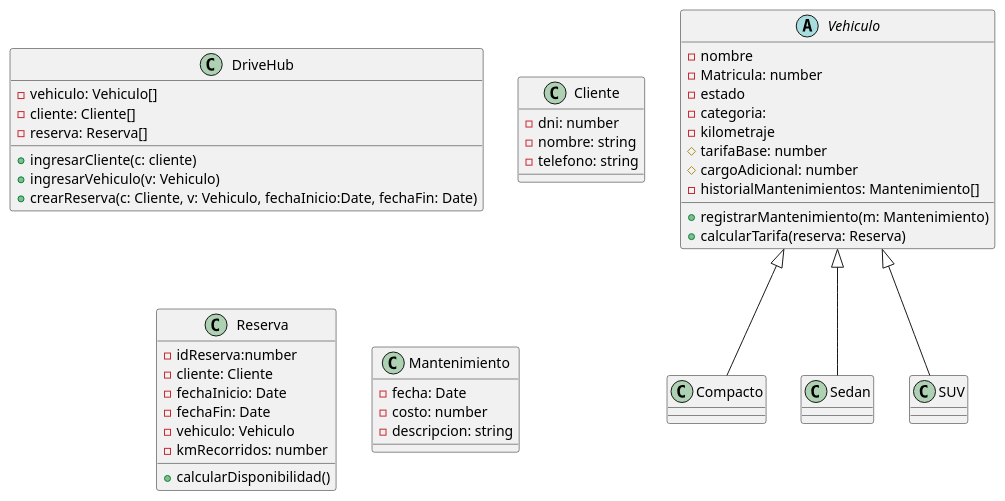
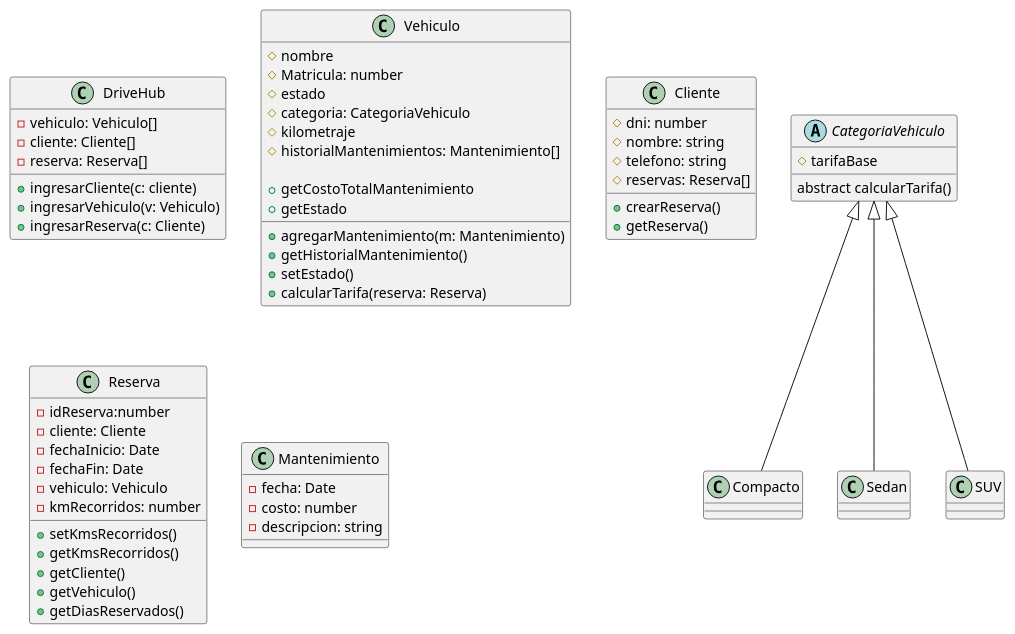
Before and after one commit to diegolacosta02/TP-Programacion-II: the diagram in diagramas/diagrama.puml, drawn with PlantUML. The commit also changed 4 other files, not shown here.

```diff
--- a/diagramas/diagrama.puml
+++ b/diagramas/diagrama.puml
@@ -1,54 +1,71 @@
 @startuml Trabajo Practico Alquiler de Autos
 
     class DriveHub{
         - vehiculo: Vehiculo[]
         - cliente: Cliente[]
         - reserva: Reserva[]
 
         + ingresarCliente(c: cliente)
         + ingresarVehiculo(v: Vehiculo)
-        + crearReserva(c: Cliente, v: Vehiculo, fechaInicio:Date, fechaFin: Date)
+        + ingresarReserva(c: Cliente)
     }
 
-    abstract class Vehiculo{
-        - nombre
-        - Matricula: number
-        - estado
-        - categoria: 
-        - kilometraje
-        # tarifaBase: number
-        # cargoAdicional: number
-        - historialMantenimientos: Mantenimiento[]
+    class Vehiculo{
+        # nombre
+        # Matricula: number
+        # estado
+        # categoria: CategoriaVehiculo
+        # kilometraje
+        # historialMantenimientos: Mantenimiento[]
 
-        + registrarMantenimiento(m: Mantenimiento)
+        + agregarMantenimiento(m: Mantenimiento)
+        + getHistorialMantenimiento()
+        + getCostoTotalMantenimiento
+        + setEstado()
+        + getEstado
         + calcularTarifa(reserva: Reserva)
     }
 
-    class Compacto extends Vehiculo{}
-    class Sedan extends Vehiculo{}
-    class SUV extends Vehiculo{}
+    abstract class CategoriaVehiculo {
+        # tarifaBase
+        abstract calcularTarifa()
+
+    }
+
+    class Compacto extends CategoriaVehiculo{}
+    class Sedan extends CategoriaVehiculo{}
+    class SUV extends CategoriaVehiculo{}
 
     class Cliente{
-        - dni: number
-        - nombre: string
-        - telefono: string
+        # dni: number
+        # nombre: string
+        # telefono: string
+        # reservas: Reserva[]
+
+        + crearReserva()
+        + getReserva()
     }
 
     class Reserva{
         - idReserva:number
         - cliente: Cliente
         - fechaInicio: Date
         - fechaFin: Date
         - vehiculo: Vehiculo
         - kmRecorridos: number
         
-        + calcularDisponibilidad()
+        + setKmsRecorridos()
+        + getKmsRecorridos()
+        + getCliente()
+        + getVehiculo()
+        + getDiasReservados()
+
     }
 
     class Mantenimiento{
         - fecha: Date
         - costo: number
         - descripcion: string
     }
 
 @enduml
```
